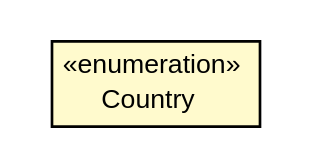
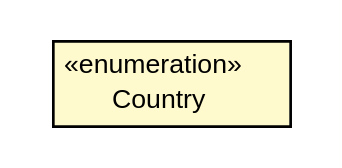
One commit to trajano/doxdb changed the diagram in doxdb-sample-web/apidocs/net/trajano/doxdb/sample/json/Country.dot. Above: the diagram before and after it, drawn with Graphviz. The commit also changed 134 other files, not shown here.

```diff
--- a/doxdb-sample-web/apidocs/net/trajano/doxdb/sample/json/Country.dot
+++ b/doxdb-sample-web/apidocs/net/trajano/doxdb/sample/json/Country.dot
@@ -1,19 +1,19 @@
 #!/usr/local/bin/dot
 #
 # Class diagram 
 # Generated by UMLGraph version R5_6-24-gf6e263 (http://www.umlgraph.org/)
 #
 
 digraph G {
-	edge [fontname="arial",fontsize=10,labelfontname="arial",labelfontsize=10];
-	node [fontname="arial",fontsize=10,shape=plaintext];
+	edge [fontname="Helvetica",fontsize=10,labelfontname="Helvetica",labelfontsize=10];
+	node [fontname="Helvetica",fontsize=10,shape=plaintext];
 	nodesep=0.25;
 	ranksep=0.5;
 	// net.trajano.doxdb.sample.json.Country
 	c68 [label=<<table title="net.trajano.doxdb.sample.json.Country" border="0" cellborder="1" cellspacing="0" cellpadding="2" port="p" bgcolor="lemonChiffon" href="./Country.html">
 		<tr><td><table border="0" cellspacing="0" cellpadding="1">
 <tr><td align="center" balign="center"> &#171;enumeration&#187; </td></tr>
 <tr><td align="center" balign="center"> Country </td></tr>
 		</table></td></tr>
-		</table>>, URL="./Country.html", fontname="arial", fontcolor="black", fontsize=10.0];
+		</table>>, URL="./Country.html", fontname="Helvetica", fontcolor="black", fontsize=10.0];
 }
```
